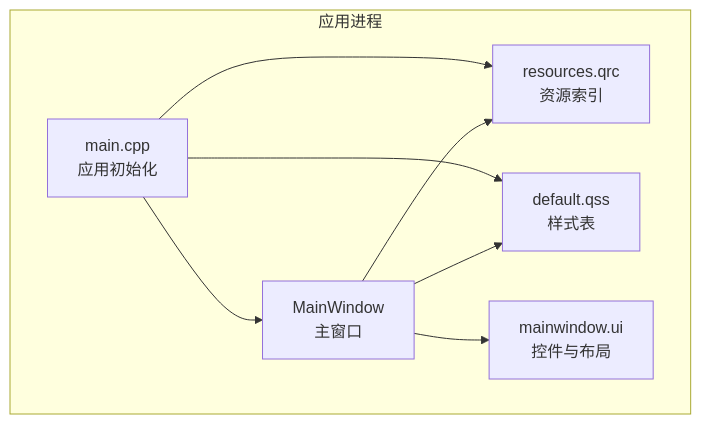
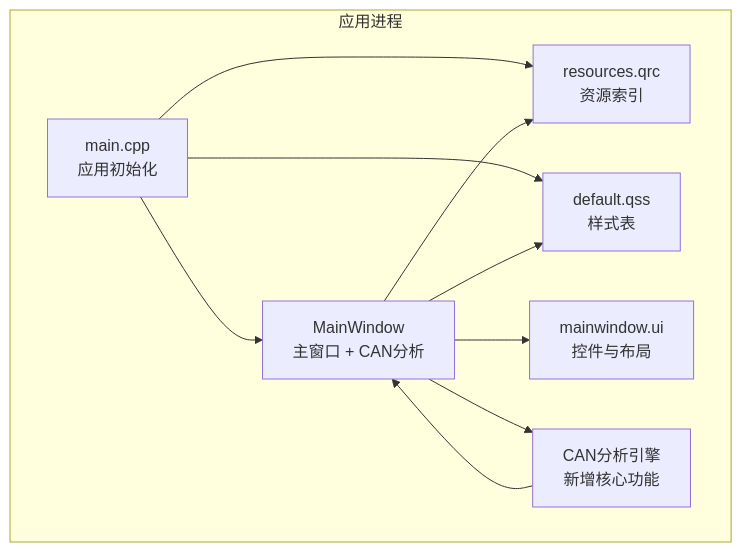
Before and after one commit to jakecai1225-design/OpenBus: the second of 4 diagrams in .qoder/repowiki/zh/content/架构设计/主窗口组件架构.md, drawn with Mermaid. The commit also changed other lines of this file and 31 other files, not shown here.

````diff
--- a/.qoder/repowiki/zh/content/架构设计/主窗口组件架构.md
+++ b/.qoder/repowiki/zh/content/架构设计/主窗口组件架构.md
@@ -79,16 +91,19 @@
 ```mermaid
 graph TB
 subgraph "应用进程"
 M["main.cpp<br/>应用初始化"]
-MW["MainWindow<br/>主窗口"]
+MW["MainWindow<br/>主窗口 + CAN分析"]
 UI["mainwindow.ui<br/>控件与布局"]
 R["resources.qrc<br/>资源索引"]
 QSS["default.qss<br/>样式表"]
+CAN["CAN分析引擎<br/>新增核心功能"]
 end
 M --> MW
 M --> R
 M --> QSS
 MW --> UI
 MW --> R
 MW --> QSS
+MW --> CAN
+CAN --> MW
 ```
````
